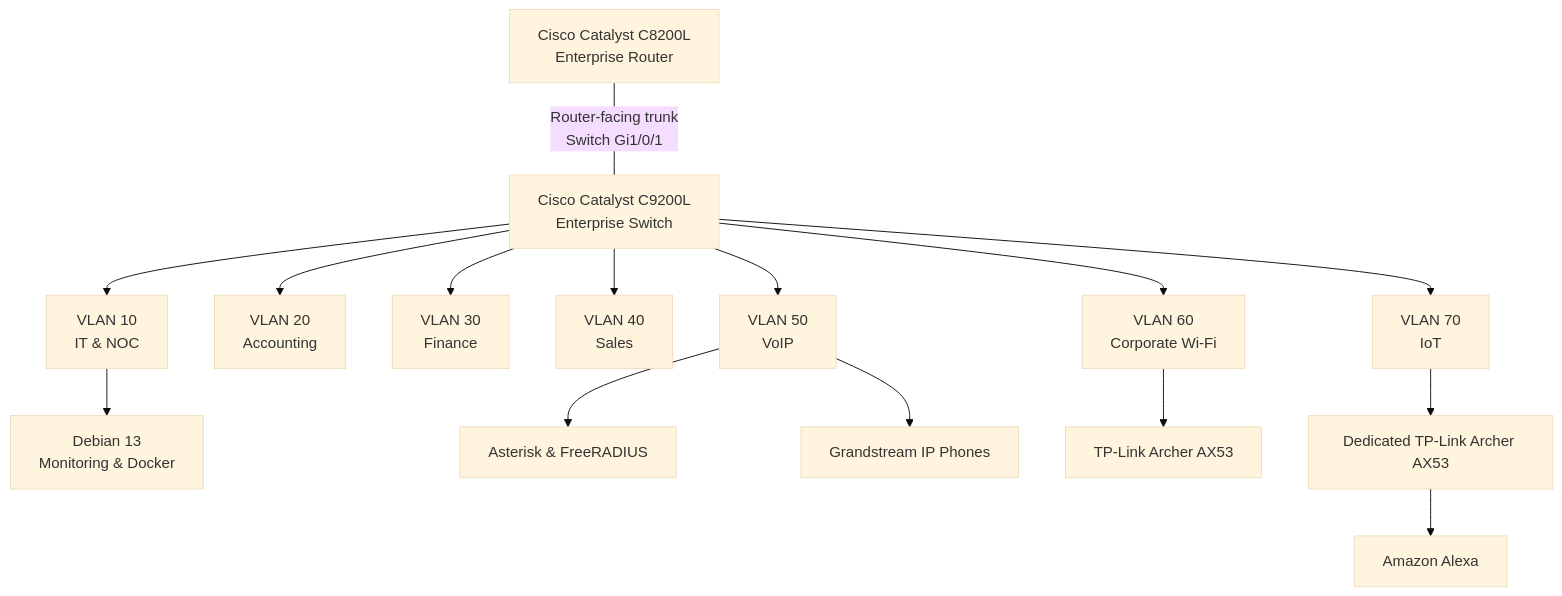
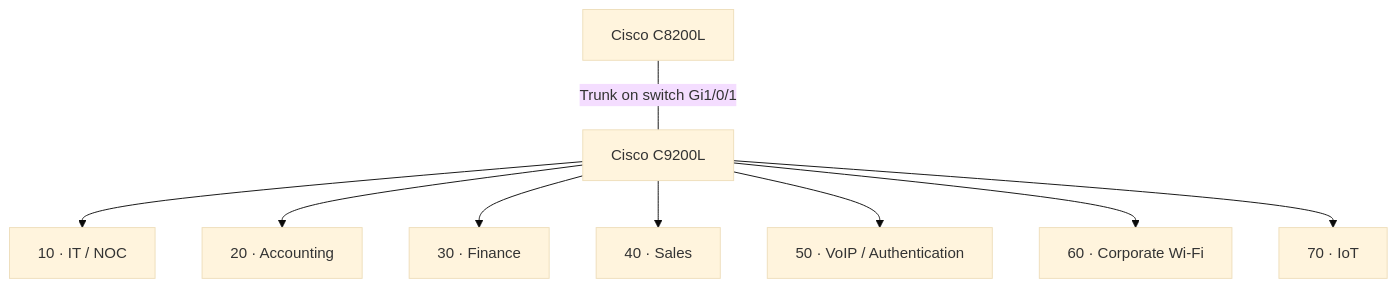
One commit to kayo-willian/enterprise-noc-from-scratch changed the diagram in docs/networking/README.md. Above: the diagram before and after it, drawn with Mermaid (base theme). The commit also changed other lines of this file and 15 other files, not shown here.

Commit message:
docs: consolidate network architecture and equipment records

````diff
--- a/docs/networking/README.md
+++ b/docs/networking/README.md
@@ -37,23 +22,13 @@
 ```mermaid
 flowchart TB
-    R["Cisco Catalyst C8200L<br/>Enterprise Router"]
-    SW["Cisco Catalyst C9200L<br/>Enterprise Switch"]
-
-    R ---|"Router-facing trunk<br/>Switch Gi1/0/1"| SW
-
-    SW --> V10["VLAN 10<br/>IT & NOC"]
-    SW --> V20["VLAN 20<br/>Accounting"]
-    SW --> V30["VLAN 30<br/>Finance"]
-    SW --> V40["VLAN 40<br/>Sales"]
-    SW --> V50["VLAN 50<br/>VoIP"]
-    SW --> V60["VLAN 60<br/>Corporate Wi-Fi"]
-    SW --> V70["VLAN 70<br/>IoT"]
-
-    V10 --> NOC["Debian 13<br/>Monitoring & Docker"]
-    V50 --> PBX["Asterisk & FreeRADIUS"]
-    V50 --> PHONES["Grandstream IP Phones"]
-
-    V60 --> WIFI["TP-Link Archer AX53"]
-    V70 --> IOT["Dedicated TP-Link Archer AX53"]
-    IOT --> ALEXA["Amazon Alexa"]
+    R["Cisco C8200L"]
+    S["Cisco C9200L"]
+    R ---|"Trunk on switch Gi1/0/1"| S
+    S --> V10["10 · IT / NOC"]
+    S --> V20["20 · Accounting"]
+    S --> V30["30 · Finance"]
+    S --> V40["40 · Sales"]
+    S --> V50["50 · VoIP / Authentication"]
+    S --> V60["60 · Corporate Wi-Fi"]
+    S --> V70["70 · IoT"]
 ```
````
